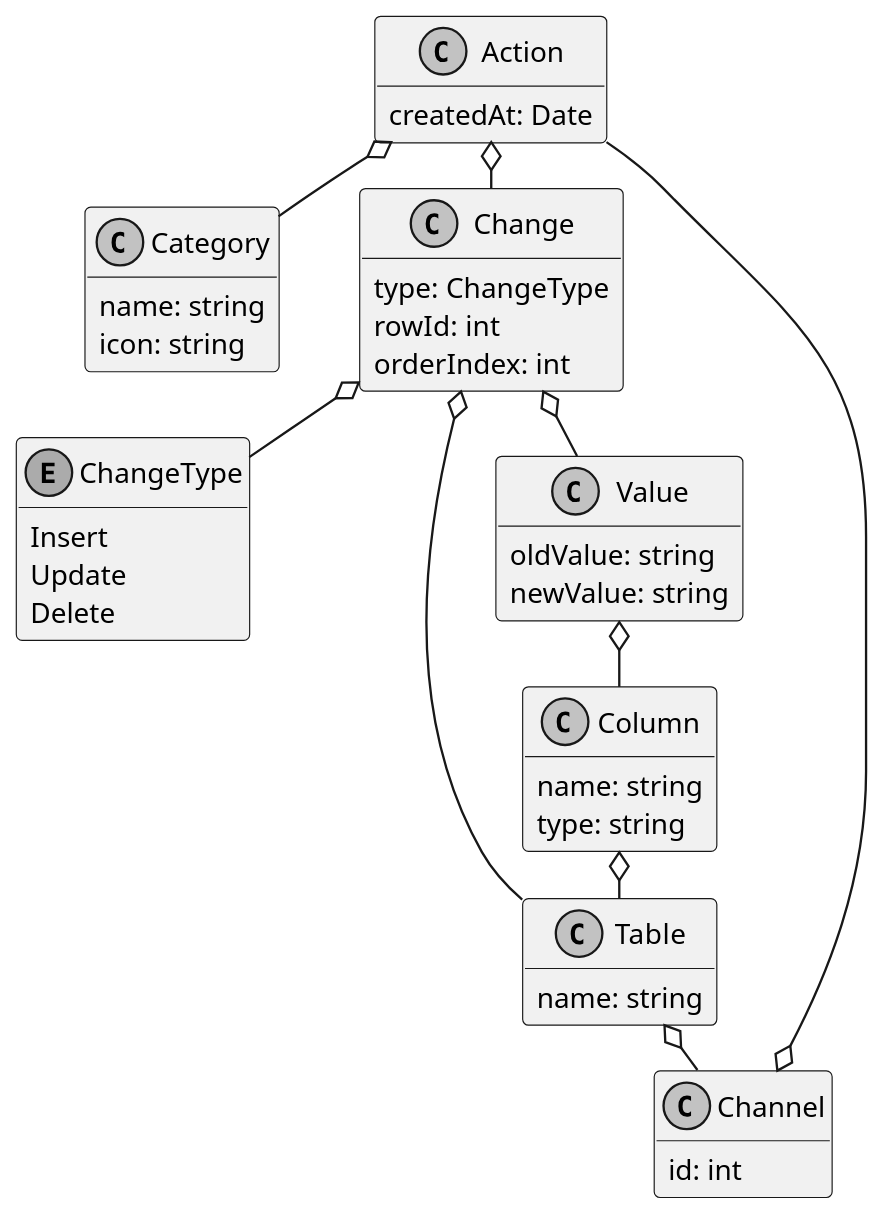
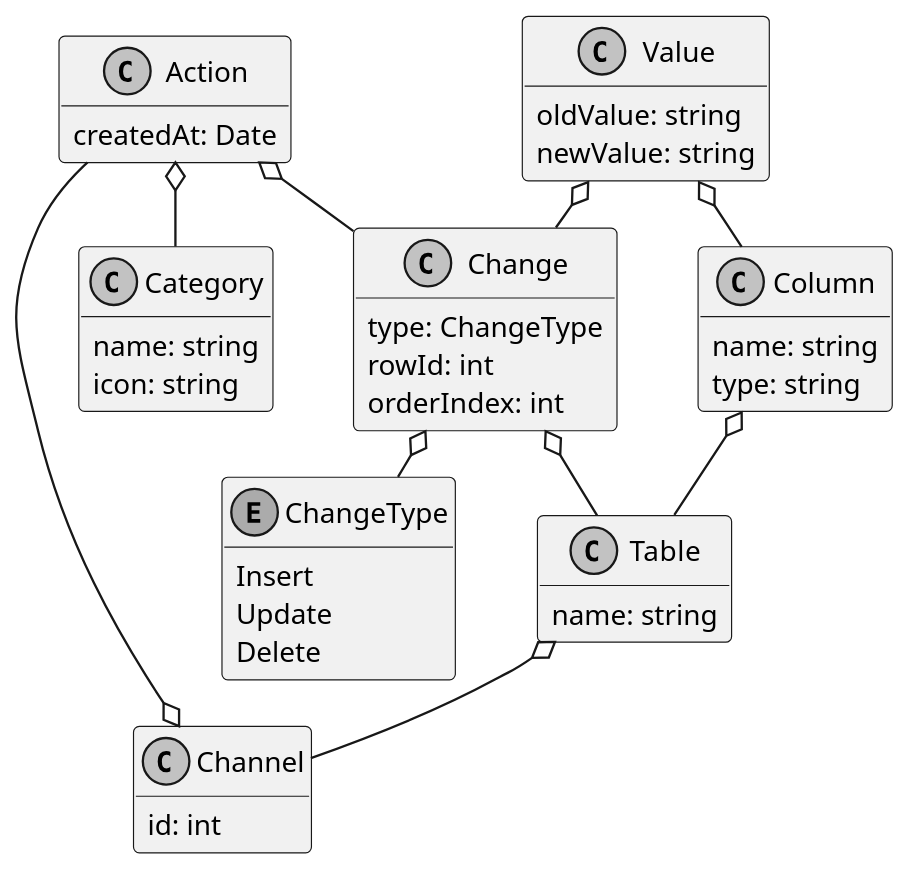
The diagram in docs/tables.puml (Lotes/sqlite-undo-log), drawn with PlantUML before and after one commit. The commit also changed 1 other file, not shown here.

Commit message:
Update diagrams

```diff
--- a/docs/tables.puml
+++ b/docs/tables.puml
@@ -1,57 +1,57 @@
 skinparam monochrome true
 skinparam ranksep 20
 skinparam dpi 150
 skinparam packageTitleAlignment left
 skinparam usecaseBorderThickness 0.4
 skinparam defaultFontSize 12
 skinparam rectangleBorderThickness 1
 hide methods
 
 class Category {
   name: string
   icon: string
 }
 
 class Action {
   createdAt: Date
 }
 
 class Change {
   type: ChangeType
   rowId: int
   orderIndex: int
 }
 
 enum ChangeType {
   Insert
   Update
   Delete
 }
 
 class Table {
   name: string
 }
 
 class Column {
   name: string
   type: string
 }
 
 class Value {
   oldValue: string
   newValue: string
 }
 
 class Channel {
   id: int
 }
 
 Channel o-- Action
 Action o-- Category
 Action o-- Change
 Change o-- Table
-Change o-- Value
 Change o-- ChangeType
 Table o-- Channel
 Column o-down- Table 
 Value o-- Column
+Value o-- Change
```
